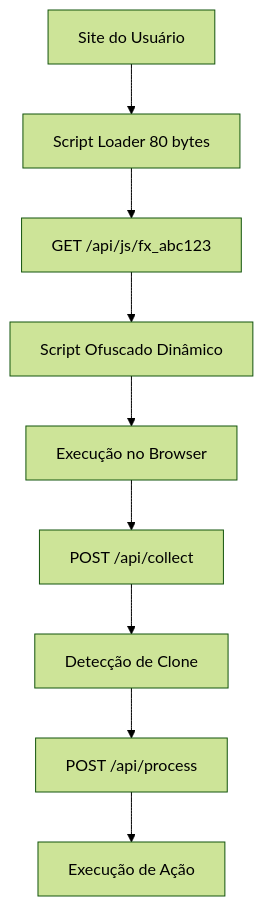
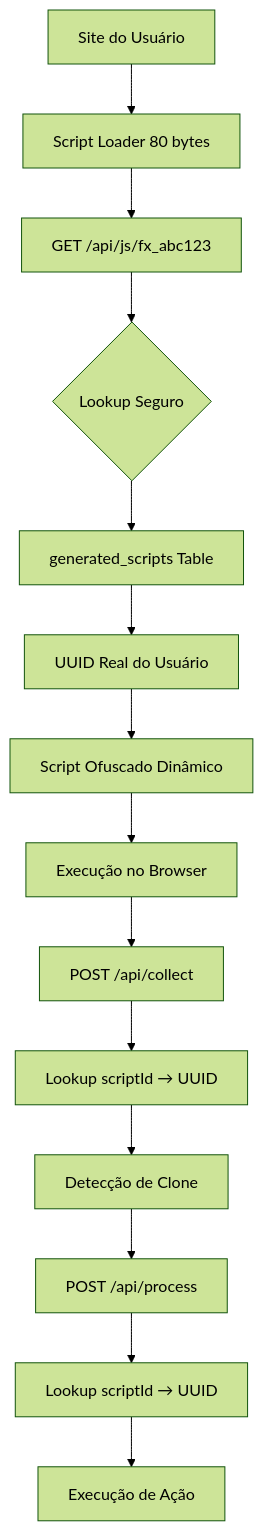
One commit to DiRochaaaaa/falconX changed the diagram in docs/SCRIPT_LOADER_SYSTEM.md. Above: the diagram before and after it, drawn with Mermaid (forest theme). The commit also changed other lines of this file and 5 other files, not shown here.

Commit message:
feat: implement secure lookup system for scriptId to UUID conversion, enhancing security and compatibility with legacy formats

````diff
--- a/docs/SCRIPT_LOADER_SYSTEM.md
+++ b/docs/SCRIPT_LOADER_SYSTEM.md
@@ -75,11 +79,16 @@
 ```mermaid
 graph TD
     A[Site do Usuário] --> B[Script Loader 80 bytes]
     B --> C[GET /api/js/fx_abc123]
-    C --> D[Script Ofuscado Dinâmico]
-    D --> E[Execução no Browser]
-    E --> F[POST /api/collect]
-    F --> G[Detecção de Clone]
-    G --> H[POST /api/process]
-    H --> I[Execução de Ação]
+    C --> D{Lookup Seguro}
+    D --> E[generated_scripts Table]
+    E --> F[UUID Real do Usuário]
+    F --> G[Script Ofuscado Dinâmico]
+    G --> H[Execução no Browser]
+    H --> I[POST /api/collect]
+    I --> J[Lookup scriptId → UUID]
+    J --> K[Detecção de Clone]
+    K --> L[POST /api/process]
+    L --> M[Lookup scriptId → UUID]
+    M --> N[Execução de Ação]
 ```
````
